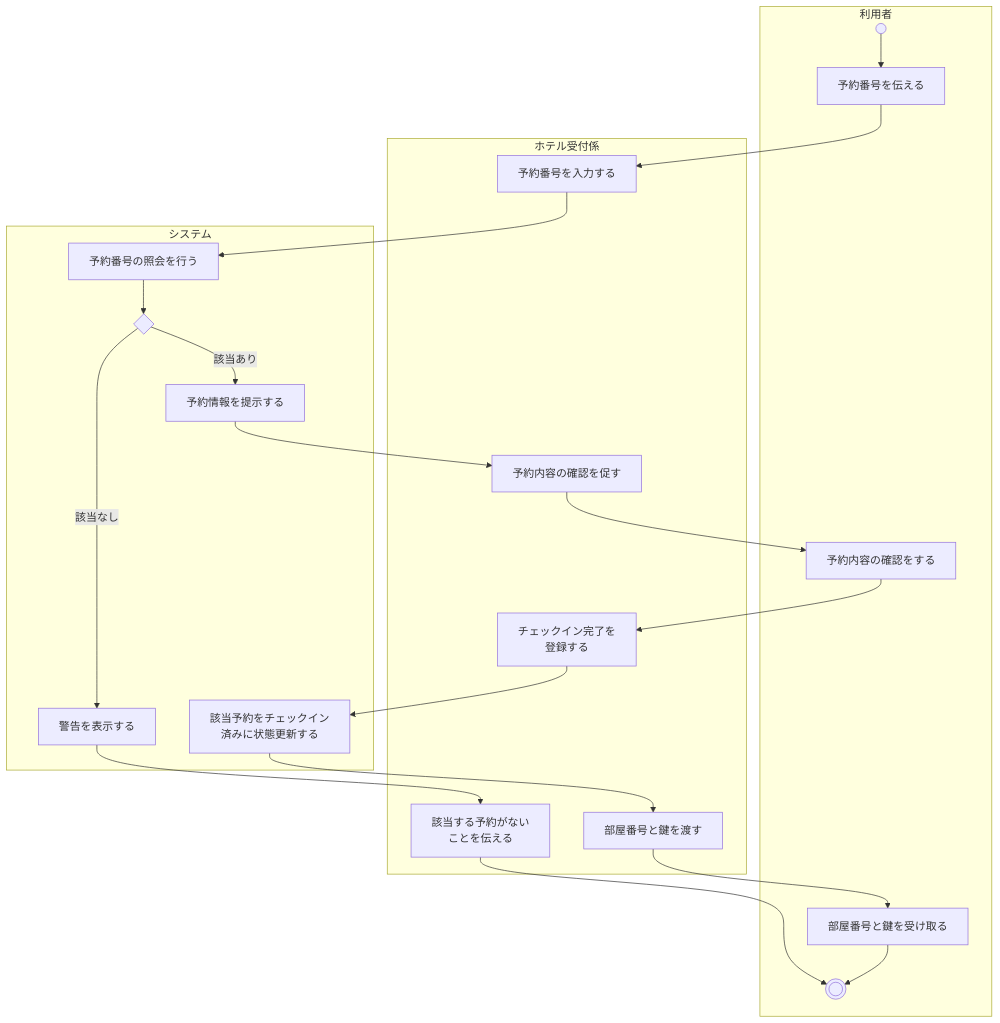
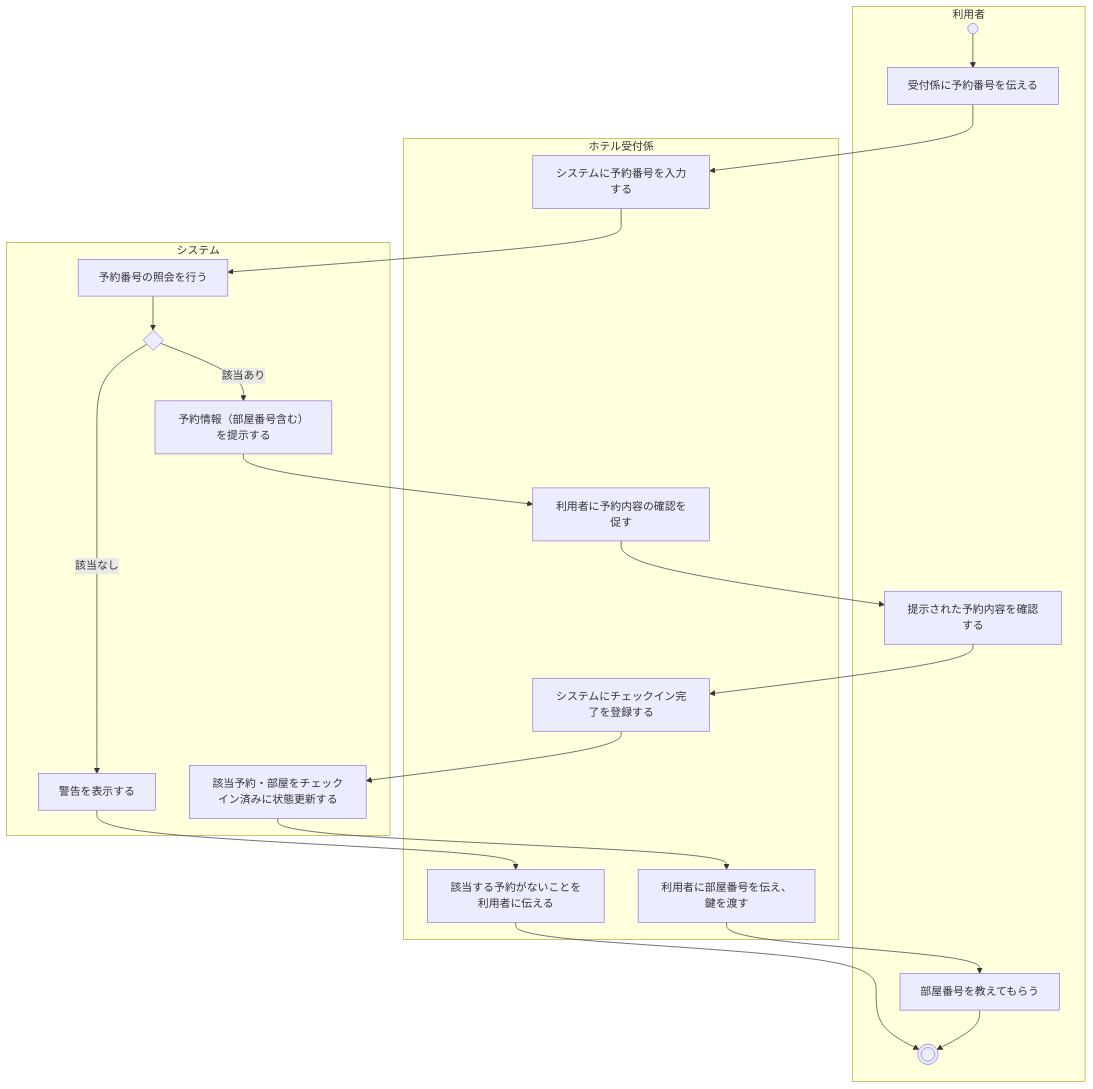
Before and after one commit to Kohki-tyl/HRS: the third of 4 diagrams in Requirements_Analysis.md, drawn with Mermaid. The commit also changed other lines of this file and 1 other file, not shown here.

````diff
--- a/Requirements_Analysis.md
+++ b/Requirements_Analysis.md
@@ -196,43 +197,43 @@
 ```mermaid
 flowchart TD
     subgraph U[利用者]
-        A0(( )) --> U1[予約番号を伝える]
-        U2[予約内容の確認をする]
-        U3[部屋番号と鍵を受け取る] --> A1((( )))
+        A0(( )) --> U1[受付係に予約番号を伝える]
+        U2[提示された予約内容を確認する]
+        U3[部屋番号を教えてもらう] --> A1((( )))
     end
 
     subgraph C[ホテル受付係]
-        C1[予約番号を入力する]
-        C2[予約内容の確認を促す]
-        C3[チェックイン完了を<br/>登録する]
-        C4[部屋番号と鍵を渡す]
-        C5[該当する予約がない<br/>ことを伝える]
+        C1[システムに予約番号を入力する]
+        C2[利用者に予約内容の確認を促す]
+        C3[システムにチェックイン完了を登録する]
+        C4[利用者に部屋番号を伝え、鍵を渡す]
+        C5[該当する予約がないことを利用者に伝える]
     end
 
     subgraph S[システム]
         S1[予約番号の照会を行う]
         S2{ }
-        S3[予約情報を提示する]
+        S3[予約情報（部屋番号含む）を提示する]
         S4[警告を表示する]
-        S5[該当予約をチェックイン<br/>済みに状態更新する]
+        S5[該当予約・部屋をチェックイン済みに状態更新する]
     end
 
-    %% コントロールフローの定義
+    %% コントロールフロー
     U1 --> C1
     C1 --> S1
     S1 --> S2
 
     %% 条件分岐：該当ありルート
     S2 -->|該当あり| S3
     S3 --> C2
     C2 --> U2
     U2 --> C3
     C3 --> S5
     S5 --> C4
     C4 --> U3
 
     %% 条件分岐：該当なしルート
     S2 -->|該当なし| S4
     S4 --> C5
     C5 --> A1
 ```
````
